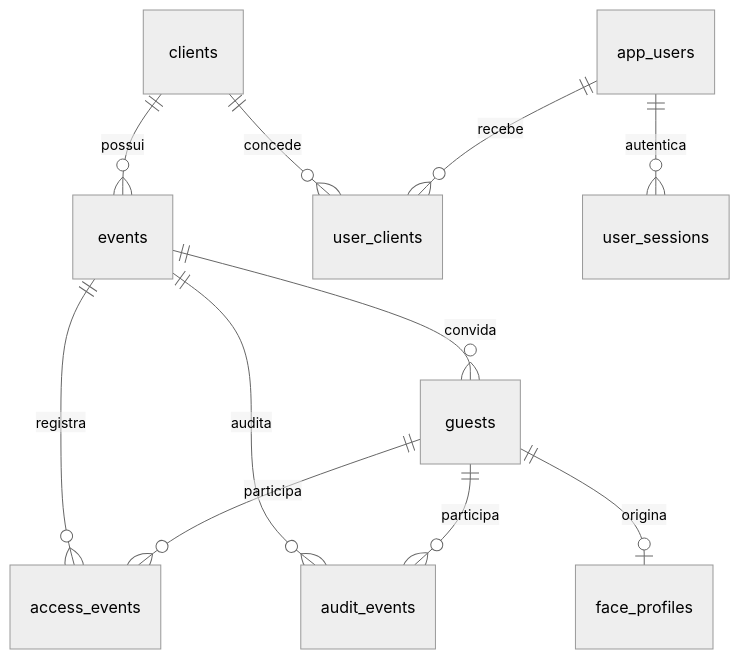
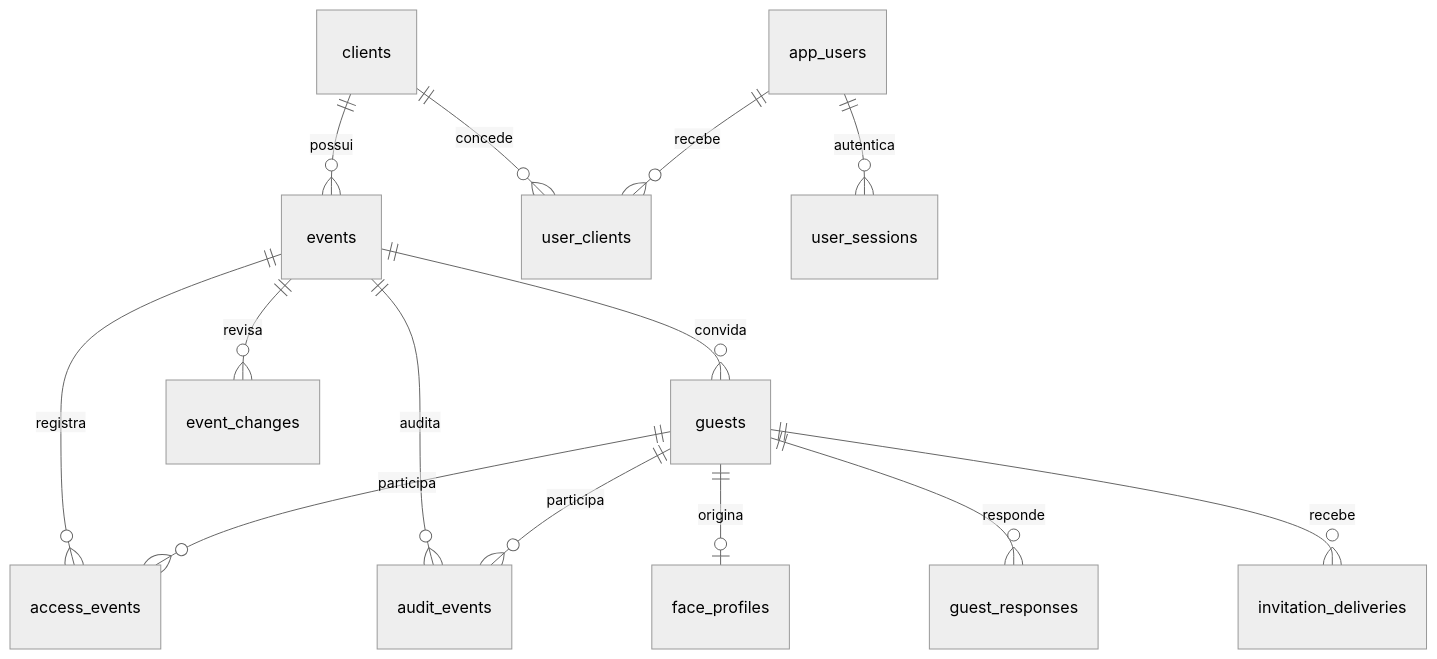
Before and after one commit to Calbertferreira/biofacial-v2: the diagram in docs/data-model.md, drawn with Mermaid (neutral theme). The commit also changed other lines of this file and 24 other files, not shown here.

Commit message:
feat: manage event changes and guest reconfirmation

````diff
--- a/docs/data-model.md
+++ b/docs/data-model.md
@@ -7,13 +7,16 @@
 ```mermaid
 erDiagram
   clients ||--o{ events : possui
   clients ||--o{ user_clients : concede
   app_users ||--o{ user_clients : recebe
   app_users ||--o{ user_sessions : autentica
   events ||--o{ guests : convida
   events ||--o{ access_events : registra
   events ||--o{ audit_events : audita
   guests ||--o{ access_events : participa
   guests ||--o{ audit_events : participa
   guests ||--o| face_profiles : origina
+  events ||--o{ event_changes : revisa
+  guests ||--o{ guest_responses : responde
+  guests ||--o{ invitation_deliveries : recebe
 ```
````
